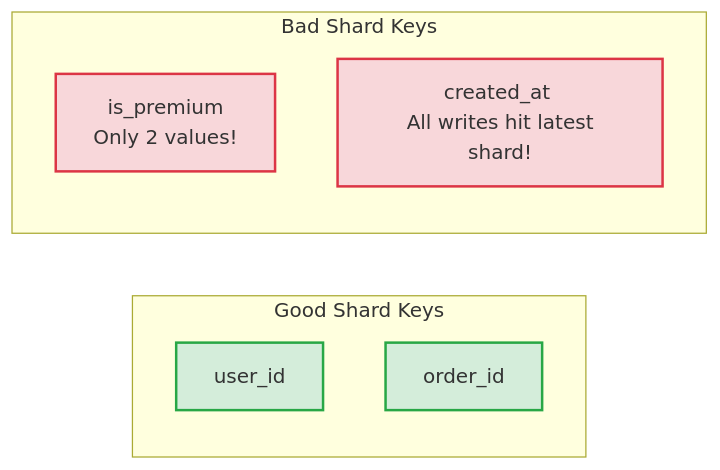
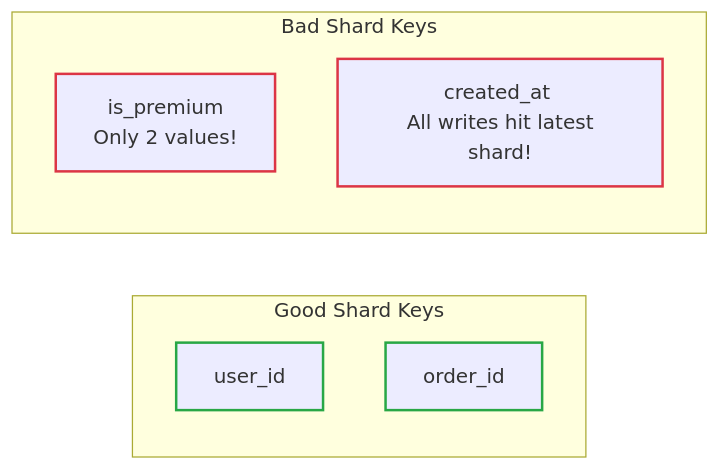
The second of 6 diagrams in Core Concepts/Sharding/README.md (abhinnaagrawal/system-design-notes), drawn with Mermaid before and after one commit. The commit also changed other lines of this file and 62 other files, not shown here.

````diff
--- a/Core Concepts/Sharding/README.md
+++ b/Core Concepts/Sharding/README.md
@@ -47,15 +47,15 @@
 ```mermaid
 graph LR
     subgraph Good Shard Keys
         G1[user_id]:::good
         G2[order_id]:::good
     end
     
     subgraph Bad Shard Keys
         B1[is_premium \n Only 2 values!]:::bad
         B2[created_at \n All writes hit latest shard!]:::bad
     end
     
-    classDef good fill:#d4edda,stroke:#28a745,stroke-width:2px;
-    classDef bad fill:#f8d7da,stroke:#dc3545,stroke-width:2px;
+    classDef good stroke:#28a745,stroke-width:2px;
+    classDef bad stroke:#dc3545,stroke-width:2px;
 ```
````
